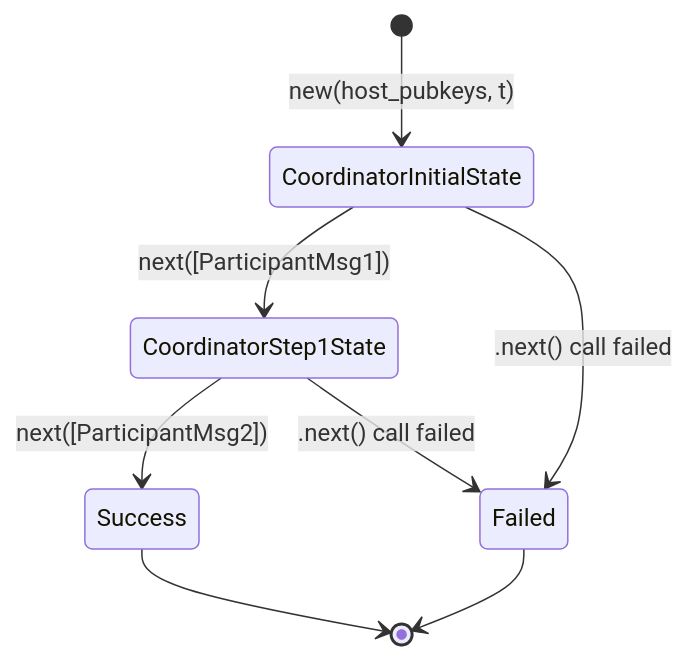
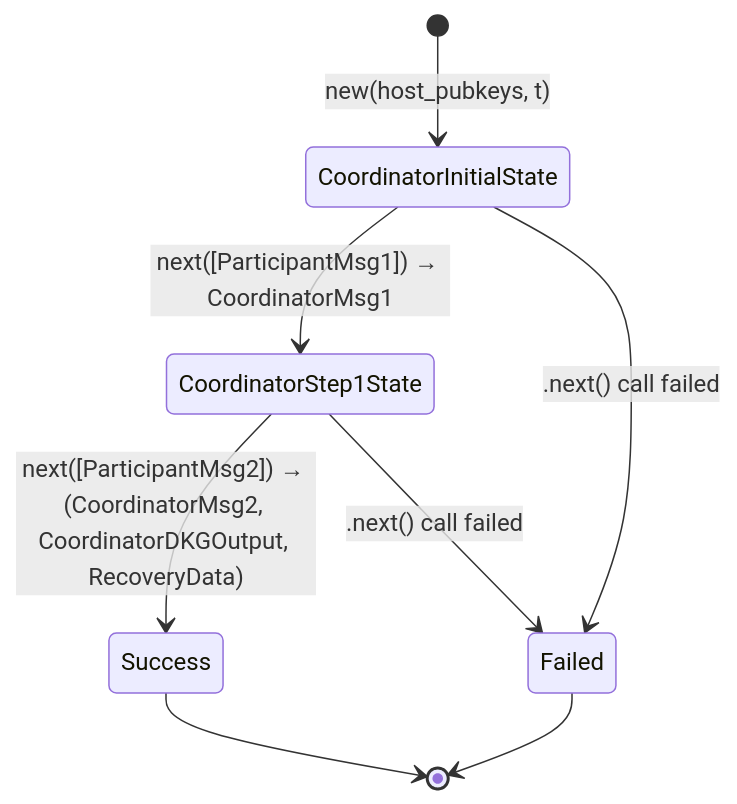
One commit to olegfomenko/chilldkg changed the second of 4 diagrams in README.md. Above: the diagram before and after it, drawn with Mermaid. The commit also changed other lines of this file and 45 other files, not shown here.

````diff
--- a/README.md
+++ b/README.md
@@ -104,10 +225,10 @@
 ```mermaid
 stateDiagram-v2
     [*] --> CoordinatorInitialState: new(host_pubkeys, t)
-    CoordinatorInitialState --> CoordinatorStep1State: next([ParticipantMsg1])
+    CoordinatorInitialState --> CoordinatorStep1State: next([ParticipantMsg1]) → CoordinatorMsg1
     CoordinatorInitialState --> Failed: .next() call failed
-    CoordinatorStep1State --> Success: next([ParticipantMsg2])
+    CoordinatorStep1State --> Success: next([ParticipantMsg2]) → (CoordinatorMsg2, CoordinatorDKGOutput, RecoveryData)
     CoordinatorStep1State --> Failed: .next() call failed
     Success --> [*]
     Failed --> [*]
 ```
````
